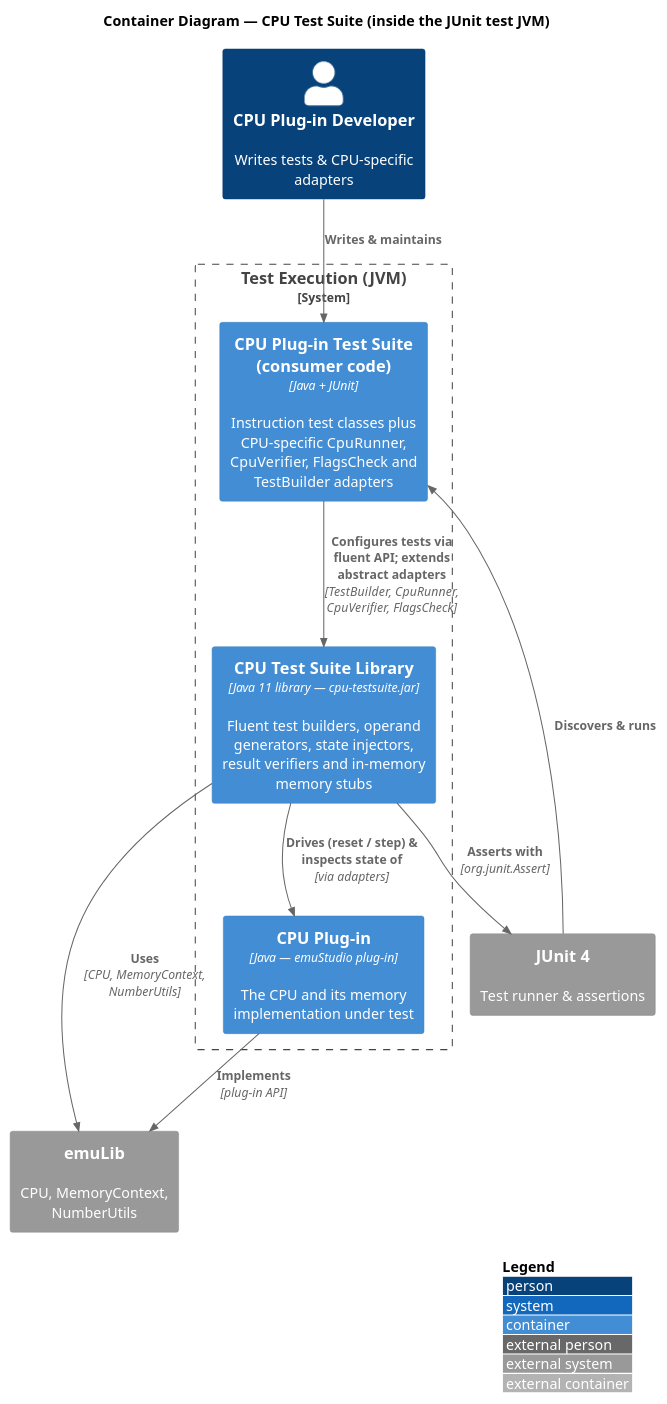
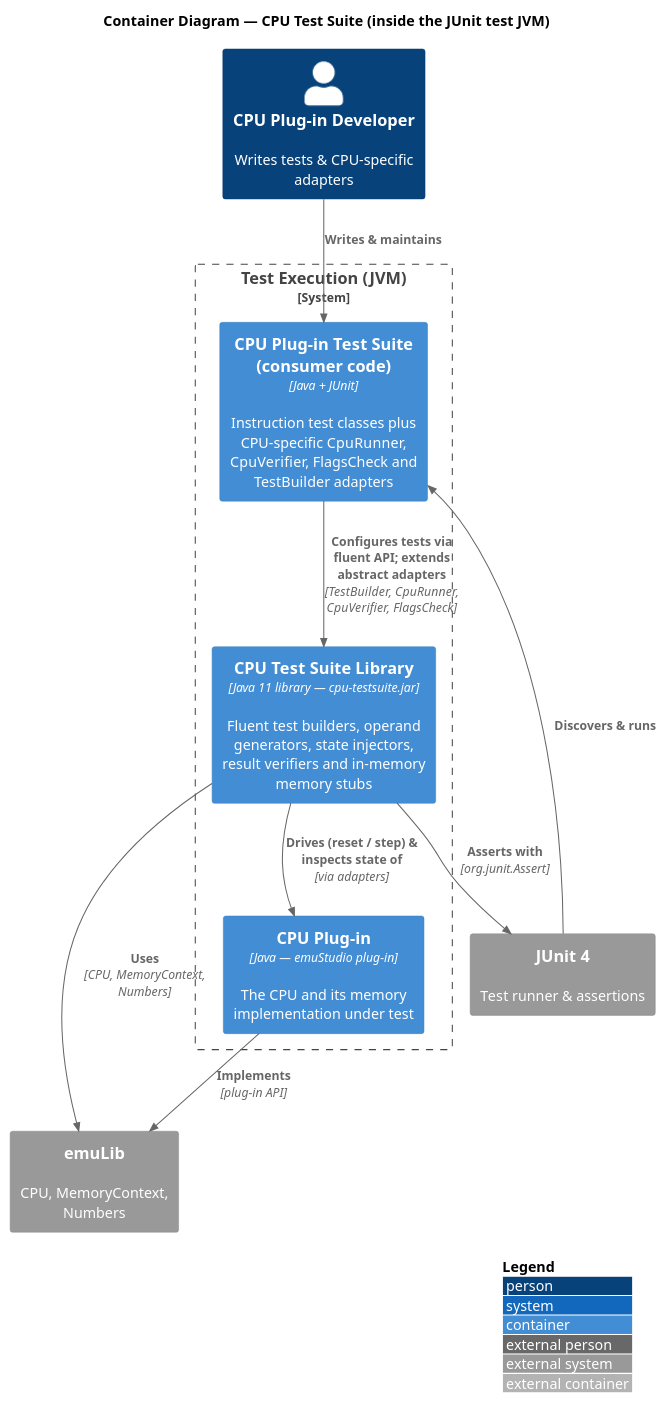
The diagram in docs/c4/02-container.adoc (emustudio/cpu-testsuite), drawn with PlantUML before and after one commit. The commit also changed 4 other files, not shown here.

Commit message:
[#472] Update Numbers utility references in CPU test documentation

```diff
--- a/docs/c4/02-container.adoc
+++ b/docs/c4/02-container.adoc
@@ -9,28 +9,28 @@
 [plantuml,c4-container,svg]
 ----
 @startuml
 !include <C4/C4_Container>
 LAYOUT_WITH_LEGEND()
 
 title Container Diagram — CPU Test Suite (inside the JUnit test JVM)
 
 Person(dev, "CPU Plug-in Developer", "Writes tests & CPU-specific adapters")
 
 System_Ext(junit, "JUnit 4", "Test runner & assertions")
-System_Ext(emulib, "emuLib", "CPU, MemoryContext, NumberUtils")
+System_Ext(emulib, "emuLib", "CPU, MemoryContext, Numbers")
 
 System_Boundary(jvm, "Test Execution (JVM)") {
     Container(tests, "CPU Plug-in Test Suite (consumer code)", "Java + JUnit", "Instruction test classes plus CPU-specific CpuRunner, CpuVerifier, FlagsCheck and TestBuilder adapters")
     Container(lib, "CPU Test Suite Library", "Java 11 library — cpu-testsuite.jar", "Fluent test builders, operand generators, state injectors, result verifiers and in-memory memory stubs")
     Container(plugin, "CPU Plug-in", "Java — emuStudio plug-in", "The CPU and its memory implementation under test")
 }
 
 Rel(dev, tests, "Writes & maintains")
 Rel(junit, tests, "Discovers & runs")
 Rel(tests, lib, "Configures tests via fluent API; extends abstract adapters", "TestBuilder, CpuRunner, CpuVerifier, FlagsCheck")
 Rel(lib, plugin, "Drives (reset / step) & inspects state of", "via adapters")
-Rel(lib, emulib, "Uses", "CPU, MemoryContext, NumberUtils")
+Rel(lib, emulib, "Uses", "CPU, MemoryContext, Numbers")
 Rel(lib, junit, "Asserts with", "org.junit.Assert")
 Rel(plugin, emulib, "Implements", "plug-in API")
 @enduml
 ----
```
